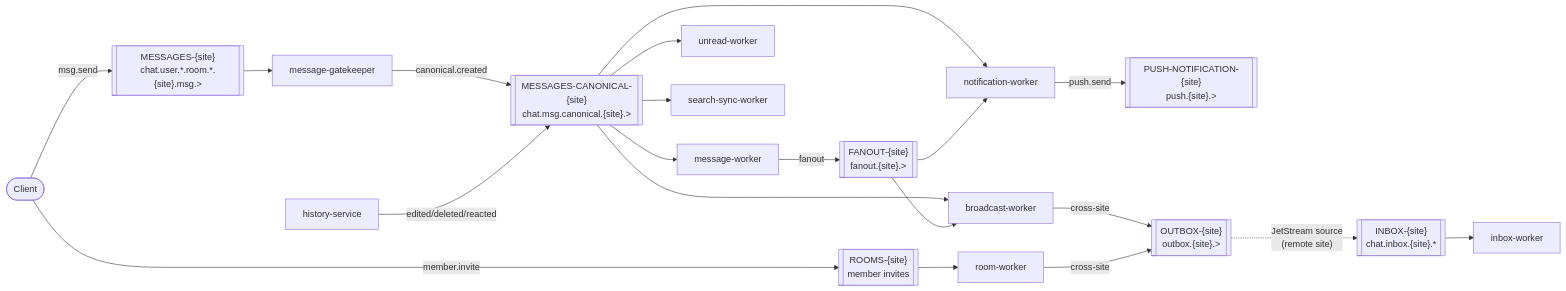
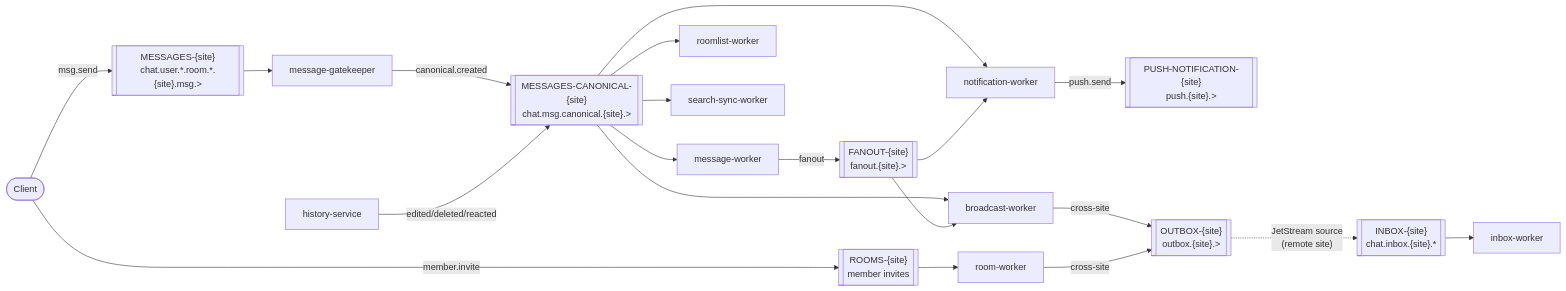
Before and after one commit to hmchangw/newchat: the fourth of 5 diagrams in docs/architecture.md, drawn with Mermaid. The commit also changed other lines of this file and 55 other files, not shown here.

First line of the commit message:
refactor: rename unread-worker to roomlist-worker

````diff
--- a/docs/architecture.md
+++ b/docs/architecture.md
@@ -199,38 +199,38 @@
 ```mermaid
 flowchart LR
     Client(["Client"])
 
     MESSAGES[["MESSAGES-{site}<br/>chat.user.*.room.*.{site}.msg.&gt;"]]
     CANON[["MESSAGES-CANONICAL-{site}<br/>chat.msg.canonical.{site}.&gt;"]]
     FANOUT[["FANOUT-{site}<br/>fanout.{site}.&gt;"]]
     ROOMS[["ROOMS-{site}<br/>member invites"]]
     PUSH[["PUSH-NOTIFICATION-{site}<br/>push.{site}.&gt;"]]
     OUTBOX[["OUTBOX-{site}<br/>outbox.{site}.&gt;"]]
     INBOX[["INBOX-{site}<br/>chat.inbox.{site}.*"]]
 
     Client -->|msg.send| MESSAGES
     MESSAGES --> GK[message-gatekeeper]
     GK -->|canonical.created| CANON
 
     CANON --> MW[message-worker]
     CANON --> BW[broadcast-worker]
-    CANON --> RSW[unread-worker]
+    CANON --> RSW[roomlist-worker]
     CANON --> NW[notification-worker]
     CANON --> SS[search-sync-worker]
 
     MW -->|fanout| FANOUT
     FANOUT --> BW
     FANOUT --> NW
 
     Client -->|member.invite| ROOMS
     ROOMS --> RW[room-worker]
 
     NW -->|push.send| PUSH
 
     BW -->|cross-site| OUTBOX
     RW -->|cross-site| OUTBOX
     OUTBOX -. "JetStream source<br/>(remote site)" .-> INBOX
     INBOX --> IW[inbox-worker]
 
     HS[history-service] -->|edited/deleted/reacted| CANON
 ```
````
